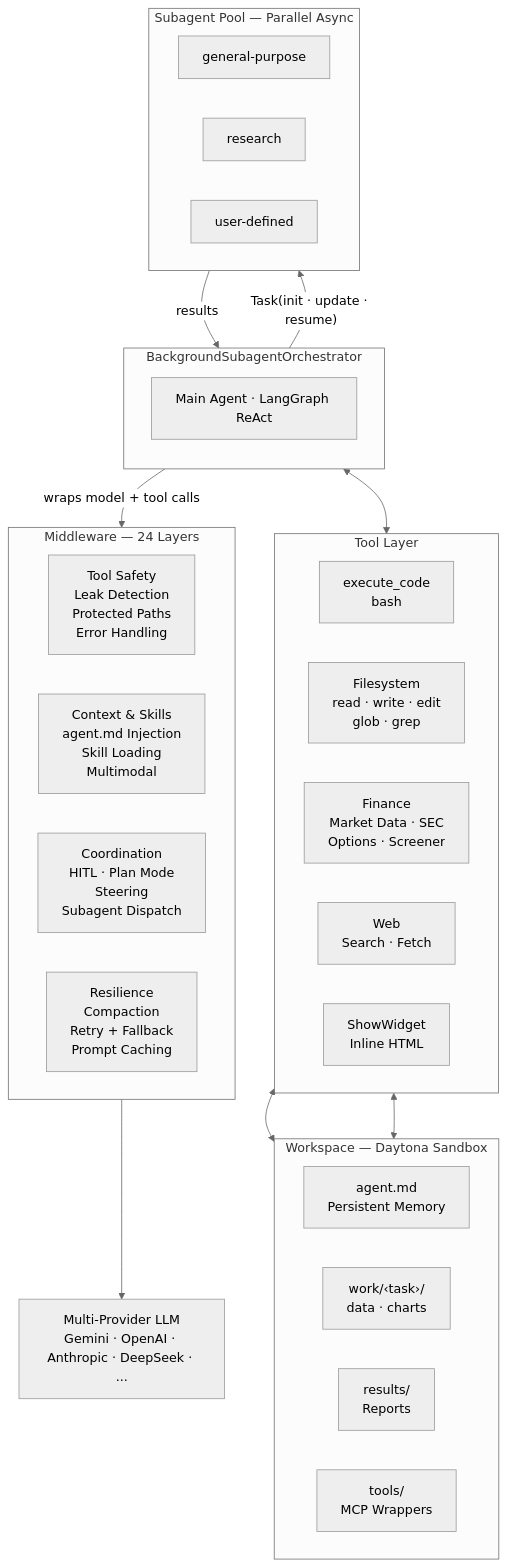
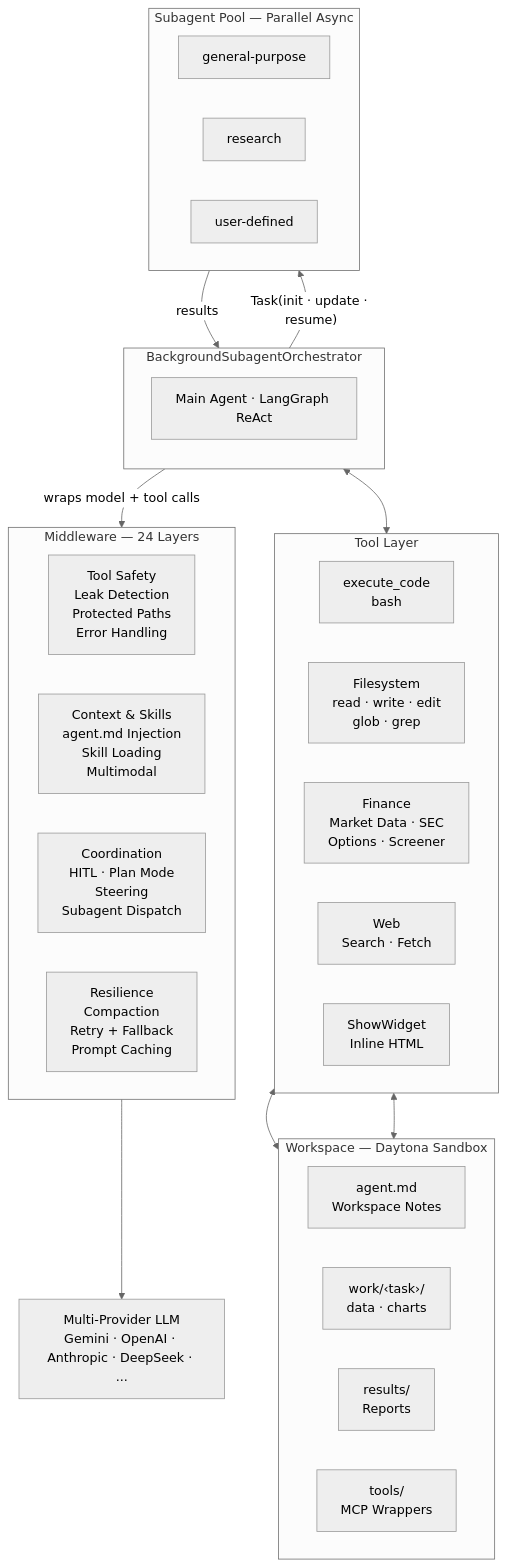
The third of 3 diagrams in README.md (raymond1203/LangAlpha-KR), drawn with Mermaid before and after one commit. The commit also changed other lines of this file and 36 other files, not shown here.

````diff
--- a/README.md
+++ b/README.md
@@ -253,52 +253,52 @@
 ```mermaid
 %%{init: {'theme': 'neutral'}}%%
 
 flowchart TB
     subgraph Orchestrator ["BackgroundSubagentOrchestrator"]
         direction TB
         Agent["Main Agent · LangGraph ReAct"]
     end
 
     Agent -- "Task(init · update · resume)" --> SubPool
     SubPool -- "results" --> Orchestrator
 
     subgraph SubPool ["Subagent Pool — Parallel Async"]
         direction LR
         S1["general-purpose"]
         S2["research"]
         S3["user-defined"]
     end
 
     subgraph Middleware ["Middleware — 24 Layers"]
         direction LR
         MW1["Tool Safety<br/>Leak Detection<br/>Protected Paths<br/>Error Handling"]
         MW2["Context & Skills<br/>agent.md Injection<br/>Skill Loading<br/>Multimodal"]
         MW3["Coordination<br/>HITL · Plan Mode<br/>Steering<br/>Subagent Dispatch"]
         MW4["Resilience<br/>Compaction<br/>Retry + Fallback<br/>Prompt Caching"]
     end
 
     Agent -- "wraps model + tool calls" --> Middleware
     Middleware --> LLM["Multi-Provider LLM<br/>Gemini · OpenAI · Anthropic · DeepSeek · ..."]
 
     Agent <--> Tools
 
     subgraph Tools ["Tool Layer"]
         direction LR
         T1["execute_code<br/>bash"]
         T2["Filesystem<br/>read · write · edit<br/>glob · grep"]
         T3["Finance<br/>Market Data · SEC<br/>Options · Screener"]
         T4["Web<br/>Search · Fetch"]
         T5["ShowWidget<br/>Inline HTML"]
     end
 
     T1 <--> Workspace
     T2 <--> Workspace
 
     subgraph Workspace ["Workspace — Daytona Sandbox"]
         direction LR
-        W1["agent.md<br/>Persistent Memory"]
+        W1["agent.md<br/>Workspace Notes"]
         W2["work/‹task›/<br/>data · charts"]
         W3["results/<br/>Reports"]
         W4["tools/<br/>MCP Wrappers"]
     end
 ```
````
